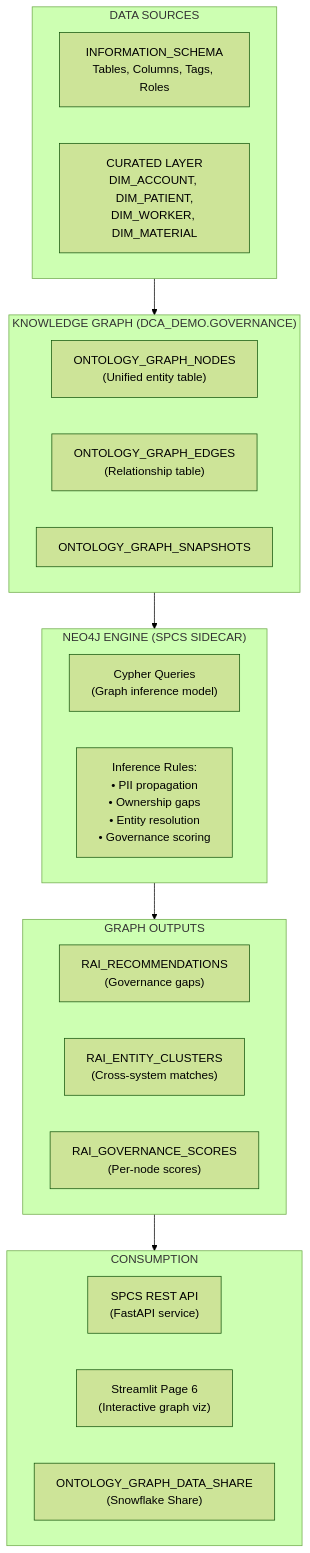
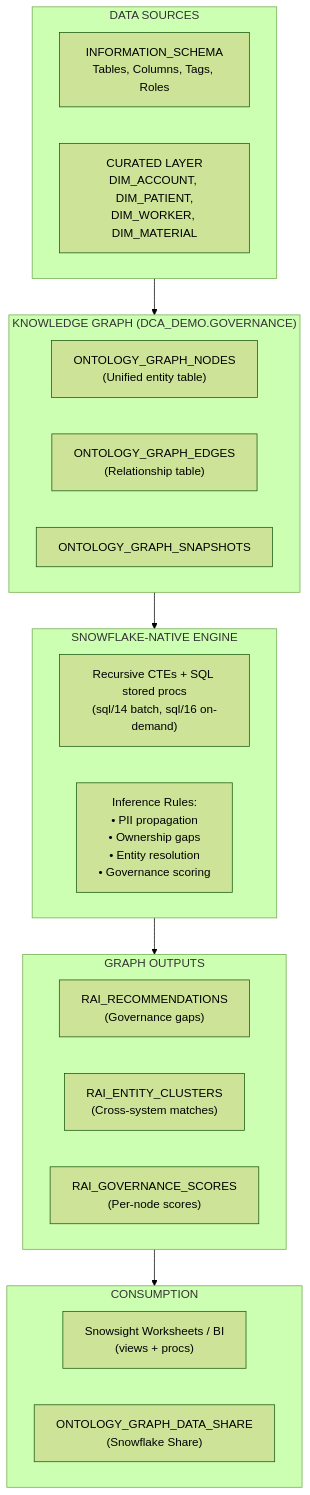
The ninth of 9 diagrams in docs/ARCHITECTURE.md (sfc-gh-smitchener-1/snowflake-dca-fullstack-demo), drawn with Mermaid (forest theme) before and after one commit. The commit also changed other lines of this file and 149 other files, not shown here.

````diff
--- a/docs/ARCHITECTURE.md
+++ b/docs/ARCHITECTURE.md
@@ -605,30 +598,29 @@
 ```mermaid
 flowchart TB
     subgraph SOURCES["DATA SOURCES"]
         META["INFORMATION_SCHEMA\nTables, Columns, Tags, Roles"]
         BIZ["CURATED LAYER\nDIM_ACCOUNT, DIM_PATIENT,\nDIM_WORKER, DIM_MATERIAL"]
     end
     subgraph GRAPH["KNOWLEDGE GRAPH (DCA_DEMO.GOVERNANCE)"]
         NODES["ONTOLOGY_GRAPH_NODES\n(Unified entity table)"]
         EDGES["ONTOLOGY_GRAPH_EDGES\n(Relationship table)"]
         SNAP["ONTOLOGY_GRAPH_SNAPSHOTS"]
     end
-    subgraph NEO4J["NEO4J ENGINE (SPCS SIDECAR)"]
-        MODEL["Cypher Queries\n(Graph inference model)"]
+    subgraph ENGINE["SNOWFLAKE-NATIVE ENGINE"]
+        SQLPROC["Recursive CTEs + SQL stored procs\n(sql/14 batch, sql/16 on-demand)"]
         INFER["Inference Rules:\n• PII propagation\n• Ownership gaps\n• Entity resolution\n• Governance scoring"]
     end
     subgraph OUTPUT["GRAPH OUTPUTS"]
         RECS["RAI_RECOMMENDATIONS\n(Governance gaps)"]
         CLUSTERS["RAI_ENTITY_CLUSTERS\n(Cross-system matches)"]
         SCORES["RAI_GOVERNANCE_SCORES\n(Per-node scores)"]
     end
     subgraph CONSUME["CONSUMPTION"]
-        API["SPCS REST API\n(FastAPI service)"]
-        ST["Streamlit Page 6\n(Interactive graph viz)"]
+        WS["Snowsight Worksheets / BI\n(views + procs)"]
         SHARE["ONTOLOGY_GRAPH_DATA_SHARE\n(Snowflake Share)"]
     end
     SOURCES --> GRAPH
-    GRAPH --> NEO4J
-    NEO4J --> OUTPUT
+    GRAPH --> ENGINE
+    ENGINE --> OUTPUT
     OUTPUT --> CONSUME
 ```
````
